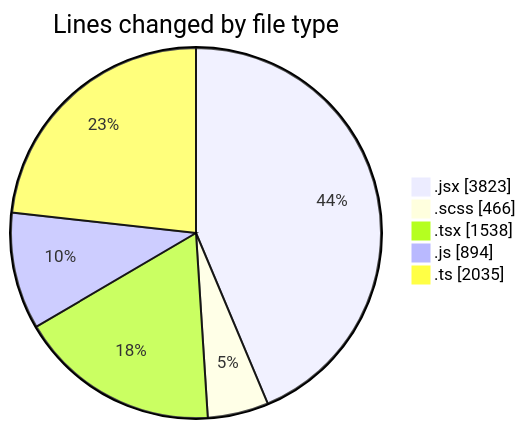
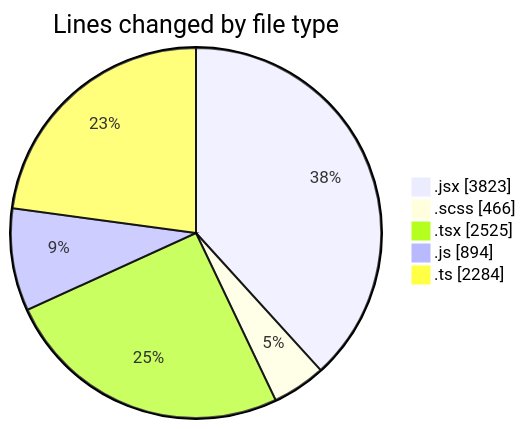
One commit to momahboobian/code-tracking changed the first of 2 diagrams in 2026-09-02/cda/README.md. Above: the diagram before and after it, drawn with Mermaid. The commit also changed other lines of this file and 1 other file, not shown here.

````diff
--- a/2026-09-02/cda/README.md
+++ b/2026-09-02/cda/README.md
@@ -65,9 +69,9 @@
 ```mermaid
 pie showData
 title Lines changed by file type
 ".jsx" : 3823
 ".scss" : 466
-".tsx" : 1538
+".tsx" : 2525
 ".js" : 894
-".ts" : 2035
+".ts" : 2284
 ```
````
